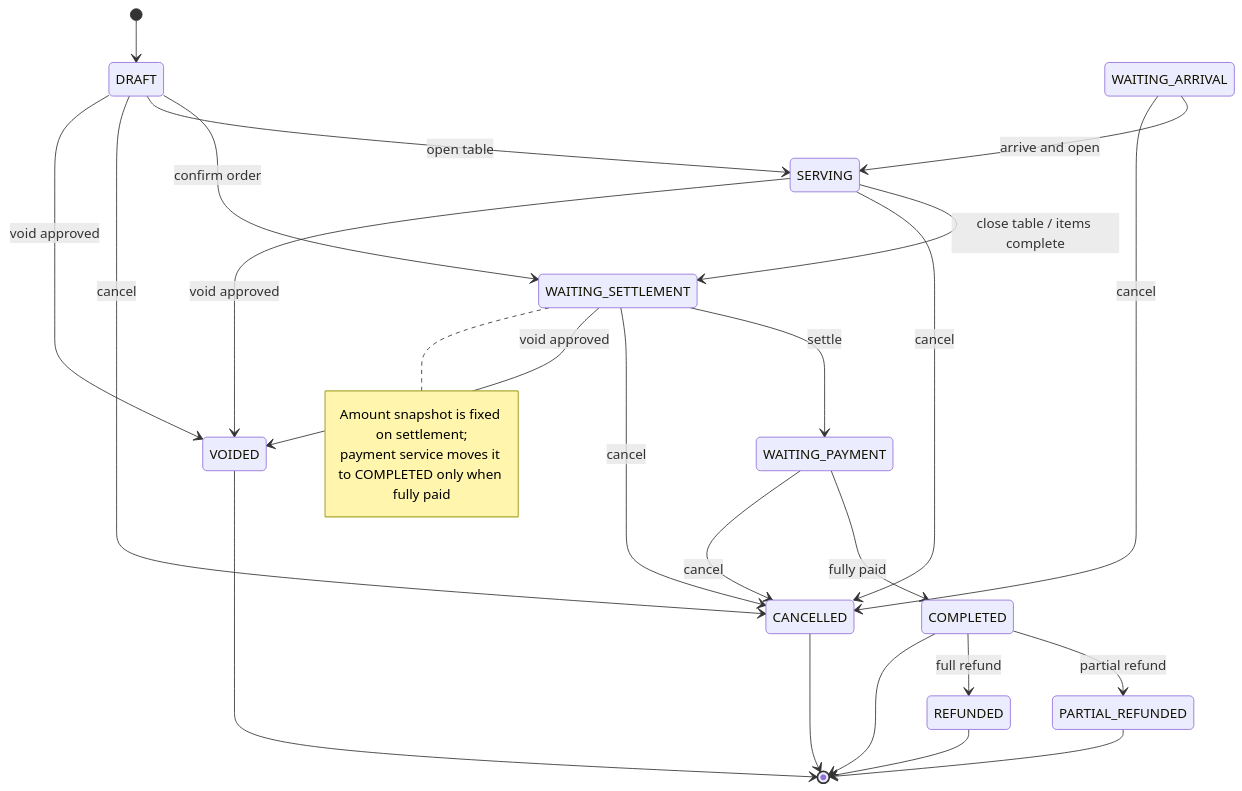
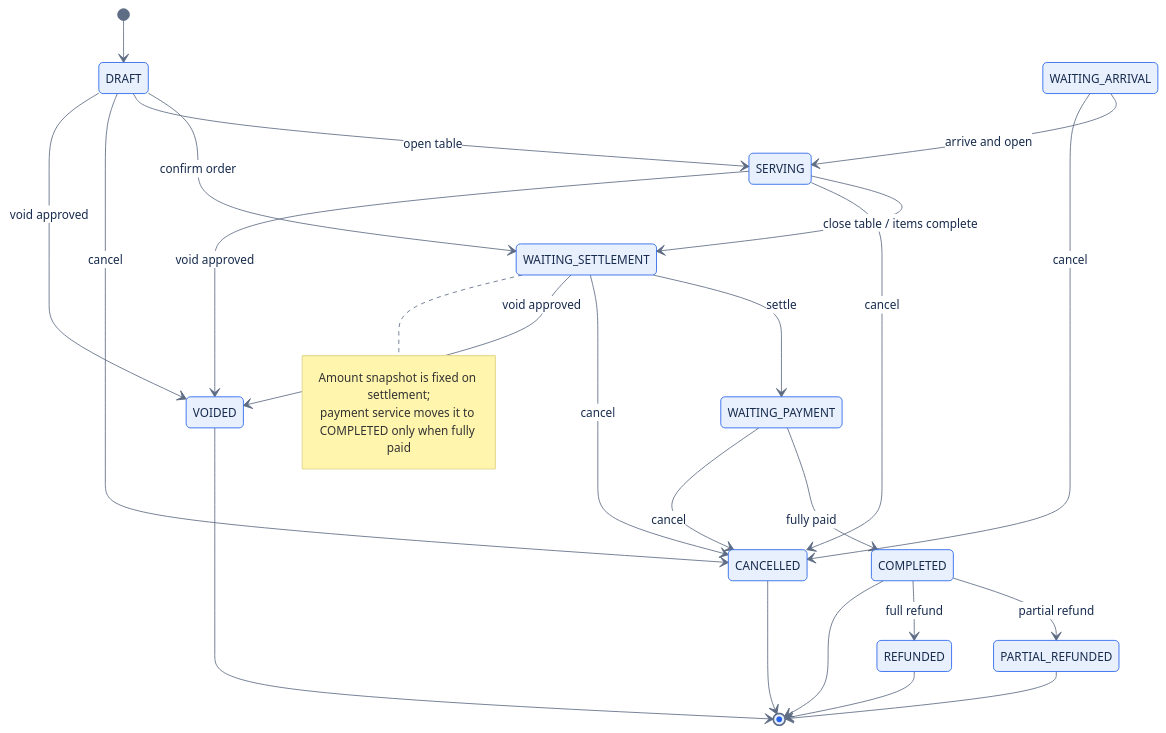
The first of 3 diagrams in docs/20-architecture/diagrams/08-order-reservation-state.en.md (openware-io/open-im-server), drawn with Mermaid before and after one commit. The commit also changed 17 other files, not shown here.

First line of the commit message:
docs(architecture): restyle the eight core diagrams with a shared visual language

````diff
--- a/docs/20-architecture/diagrams/08-order-reservation-state.en.md
+++ b/docs/20-architecture/diagrams/08-order-reservation-state.en.md
@@ -11,35 +11,36 @@
 ```mermaid
+%%{init: {"theme":"base","themeVariables":{"fontSize":"14px","primaryColor":"#E8F0FE","primaryTextColor":"#172B4D","primaryBorderColor":"#2563EB","lineColor":"#5E6C84","clusterBkg":"#FAFBFC","clusterBorder":"#C1C7D0","edgeLabelBackground":"#FFFFFF"}}}%%
 stateDiagram-v2
   [*] --> DRAFT
 
   DRAFT --> WAITING_SETTLEMENT: confirm order
   DRAFT --> SERVING: open table
   WAITING_ARRIVAL --> SERVING: arrive and open
   SERVING --> WAITING_SETTLEMENT: close table / items complete
   WAITING_SETTLEMENT --> WAITING_PAYMENT: settle
   WAITING_PAYMENT --> COMPLETED: fully paid
 
   DRAFT --> CANCELLED: cancel
   WAITING_ARRIVAL --> CANCELLED: cancel
   WAITING_SETTLEMENT --> CANCELLED: cancel
   SERVING --> CANCELLED: cancel
   WAITING_PAYMENT --> CANCELLED: cancel
 
   DRAFT --> VOIDED: void approved
   SERVING --> VOIDED: void approved
   WAITING_SETTLEMENT --> VOIDED: void approved
 
   COMPLETED --> PARTIAL_REFUNDED: partial refund
   COMPLETED --> REFUNDED: full refund
 
   COMPLETED --> [*]
   CANCELLED --> [*]
   VOIDED --> [*]
   REFUNDED --> [*]
   PARTIAL_REFUNDED --> [*]
 
   note right of WAITING_SETTLEMENT
     Amount snapshot is fixed on settlement;
     payment service moves it to COMPLETED only when fully paid
   end note
 ```
````
